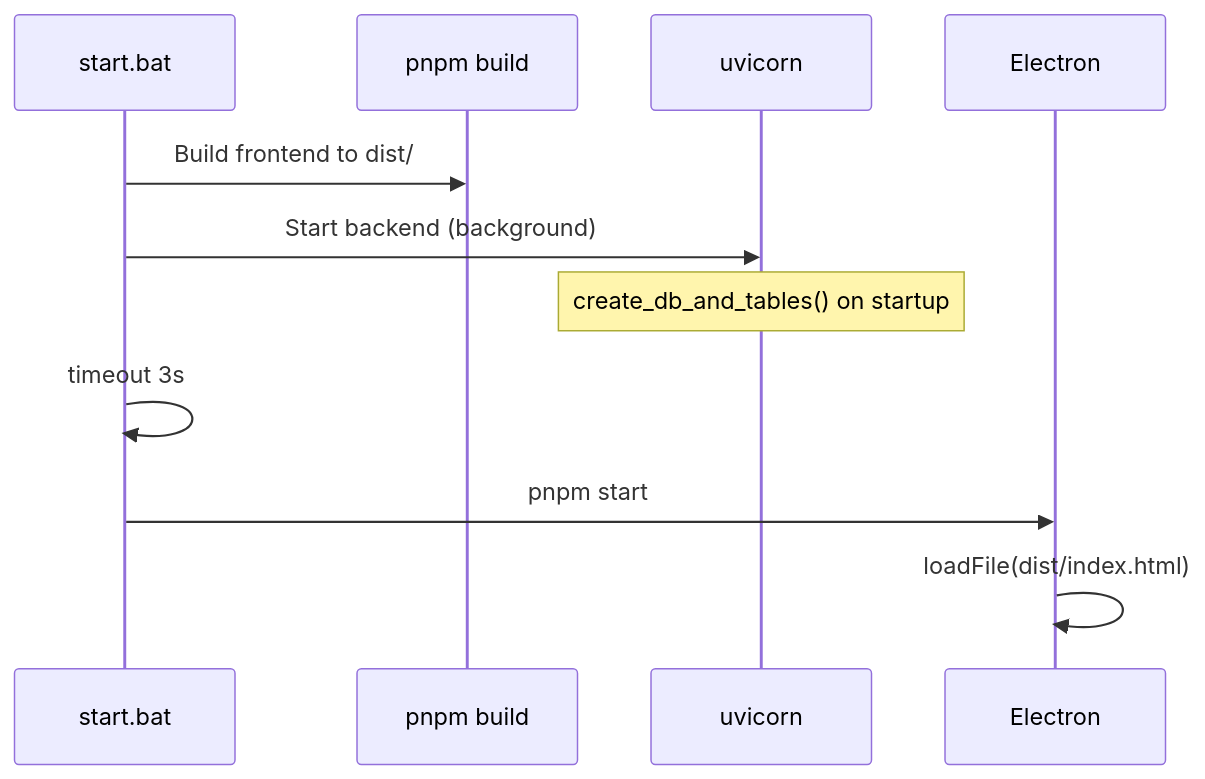
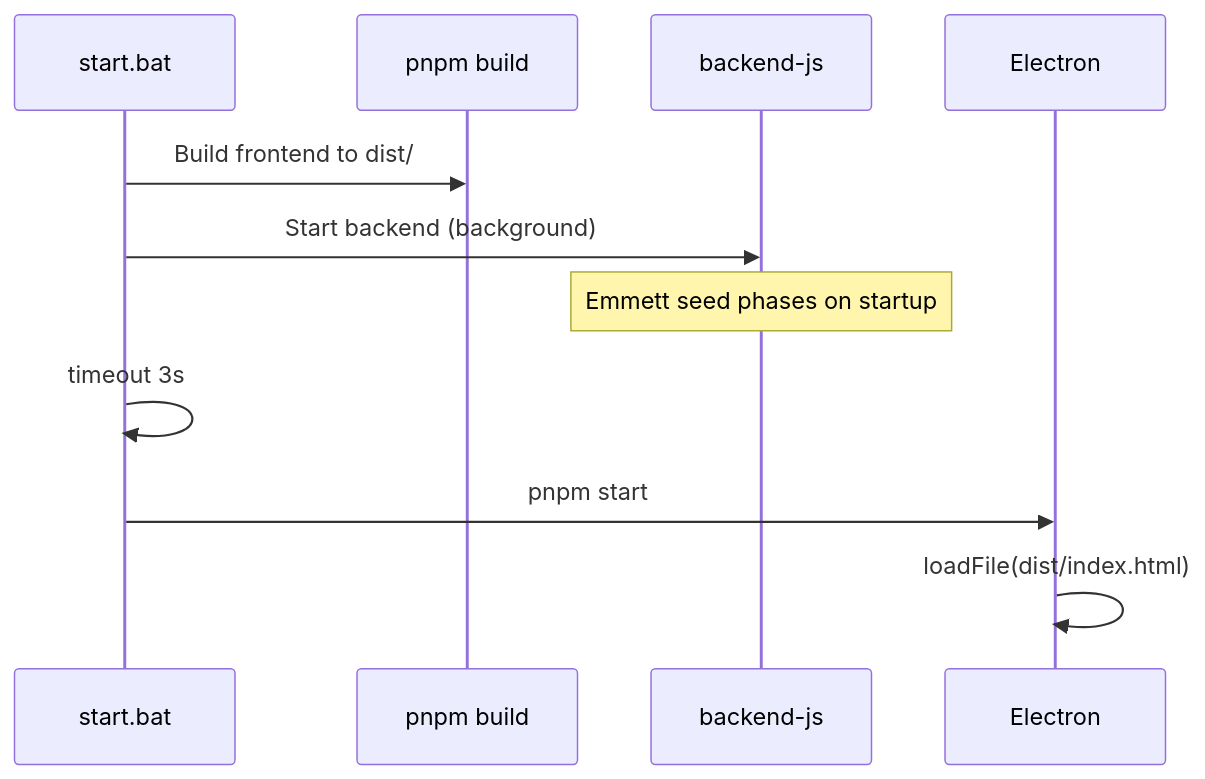
One commit to clt-ai-layer/in-the-flow changed the second of 3 diagrams in docs/reference/01-Architecture.md. Above: the diagram before and after it, drawn with Mermaid. The commit also changed other lines of this file and 47 other files, not shown here.

````diff
--- a/docs/reference/01-Architecture.md
+++ b/docs/reference/01-Architecture.md
@@ -49,14 +47,14 @@
 ```mermaid
 sequenceDiagram
     participant BAT as start.bat
     participant Vite as pnpm build
-    participant API as uvicorn
+    participant API as backend-js
     participant EL as Electron
 
     BAT->>Vite: Build frontend to dist/
     BAT->>API: Start backend (background)
-    Note over API: create_db_and_tables() on startup
+    Note over API: Emmett seed phases on startup
     BAT->>BAT: timeout 3s
     BAT->>EL: pnpm start
     EL->>EL: loadFile(dist/index.html)
 ```
````
